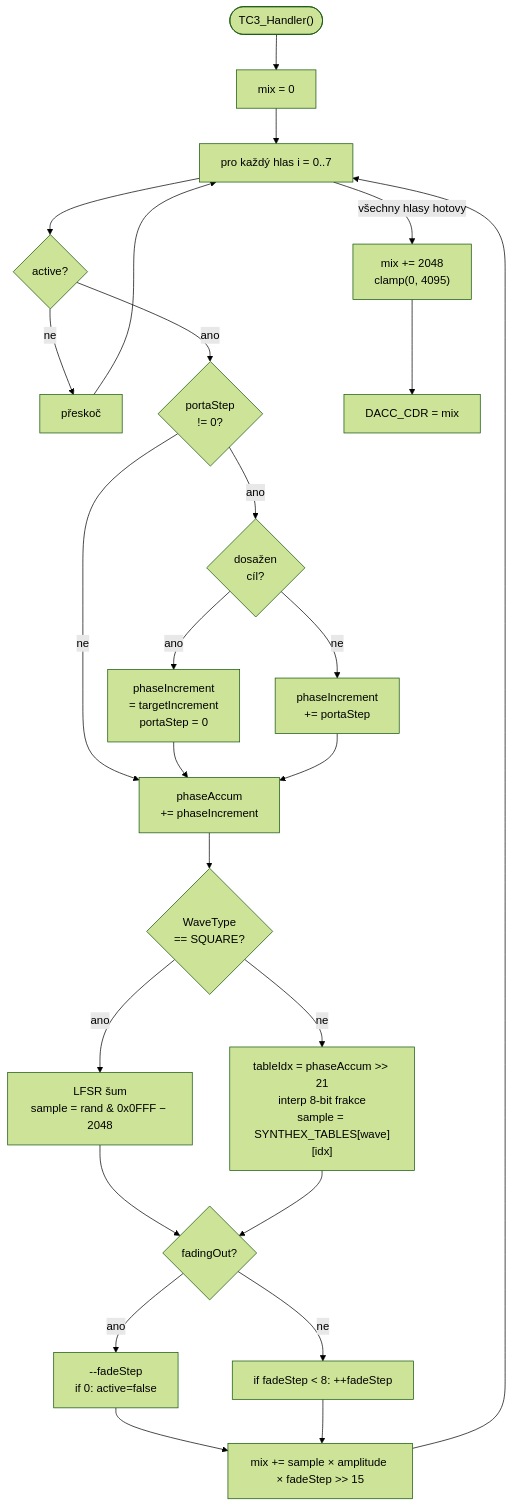
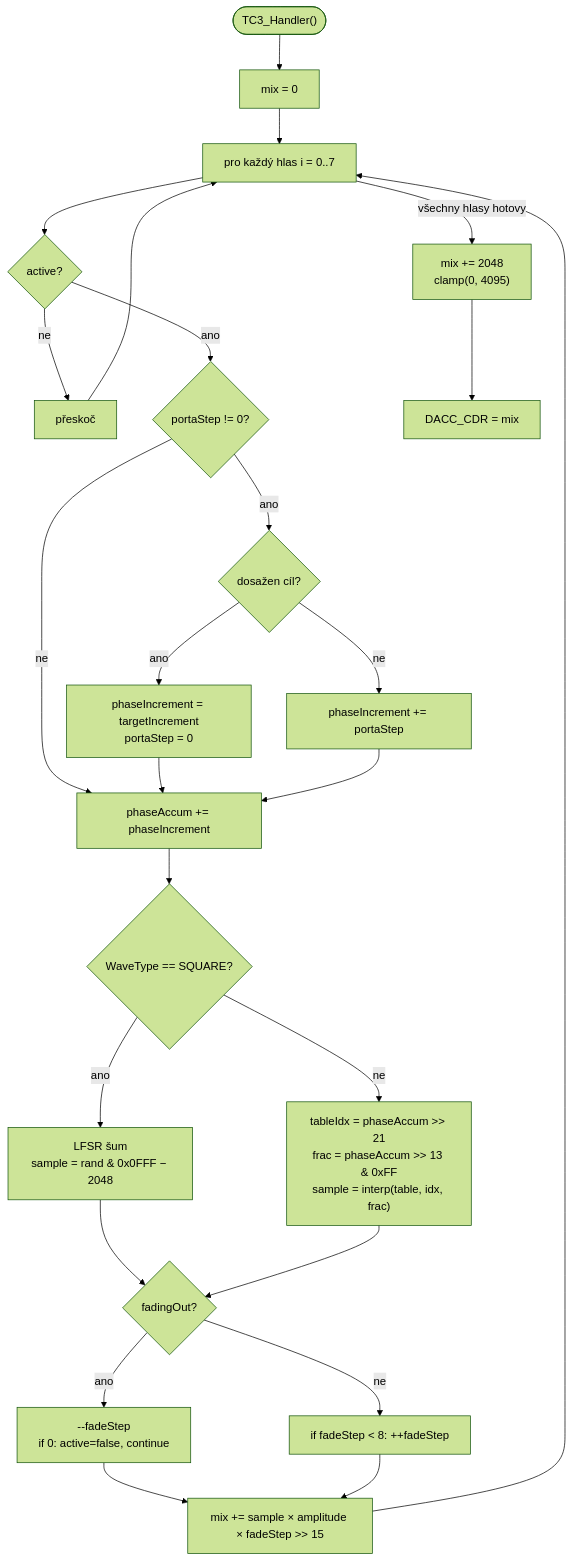
Before and after one commit to citizen4505/synthex: the second of 3 diagrams in README.md, drawn with Mermaid (forest theme). The commit also changed other lines of this file and 5 other files, not shown here.

````diff
--- a/README.md
+++ b/README.md
@@ -51,37 +73,37 @@
 ```mermaid
 flowchart TD
     start(["TC3_Handler()"])
     mix["mix = 0"]
     loop["pro každý hlas i = 0..7"]
     active{"active?"}
     skip["přeskoč"]
-    porta{"portaStep\n!= 0?"}
-    arrived{"dosažen\ncíl?"}
-    snap["phaseIncrement\n= targetIncrement\nportaStep = 0"]
-    step["phaseIncrement\n+= portaStep"]
-    phase["phaseAccum\n+= phaseIncrement"]
-    noise{"WaveType\n== SQUARE?"}
+    porta{"portaStep != 0?"}
+    arrived{"dosažen cíl?"}
+    snap["phaseIncrement = targetIncrement\nportaStep = 0"]
+    step["phaseIncrement += portaStep"]
+    phase["phaseAccum += phaseIncrement"]
+    noise{"WaveType == SQUARE?"}
     lfsr["LFSR šum\nsample = rand & 0x0FFF − 2048"]
-    table["tableIdx = phaseAccum >> 21\ninterp 8-bit frakce\nsample = SYNTHEX_TABLES[wave][idx]"]
+    table["tableIdx = phaseAccum >> 21\nfrac = phaseAccum >> 13 & 0xFF\nsample = interp(table, idx, frac)"]
     fade{"fadingOut?"}
-    fadeout["--fadeStep\nif 0: active=false"]
+    fadeout["--fadeStep\nif 0: active=false, continue"]
     fadein["if fadeStep < 8: ++fadeStep"]
     addmix["mix += sample × amplitude × fadeStep >> 15"]
     clamp["mix += 2048\nclamp(0, 4095)"]
     dac["DACC_CDR = mix"]
 
     start --> mix --> loop --> active
     active -->|ne| skip --> loop
     active -->|ano| porta
     porta -->|ne| phase
     porta -->|ano| arrived
     arrived -->|ano| snap --> phase
     arrived -->|ne| step --> phase
     phase --> noise
     noise -->|ano| lfsr --> fade
     noise -->|ne| table --> fade
     fade -->|ano| fadeout --> addmix
     fade -->|ne| fadein --> addmix
     addmix --> loop
     loop -->|"všechny hlasy hotovy"| clamp --> dac
 ```
````
